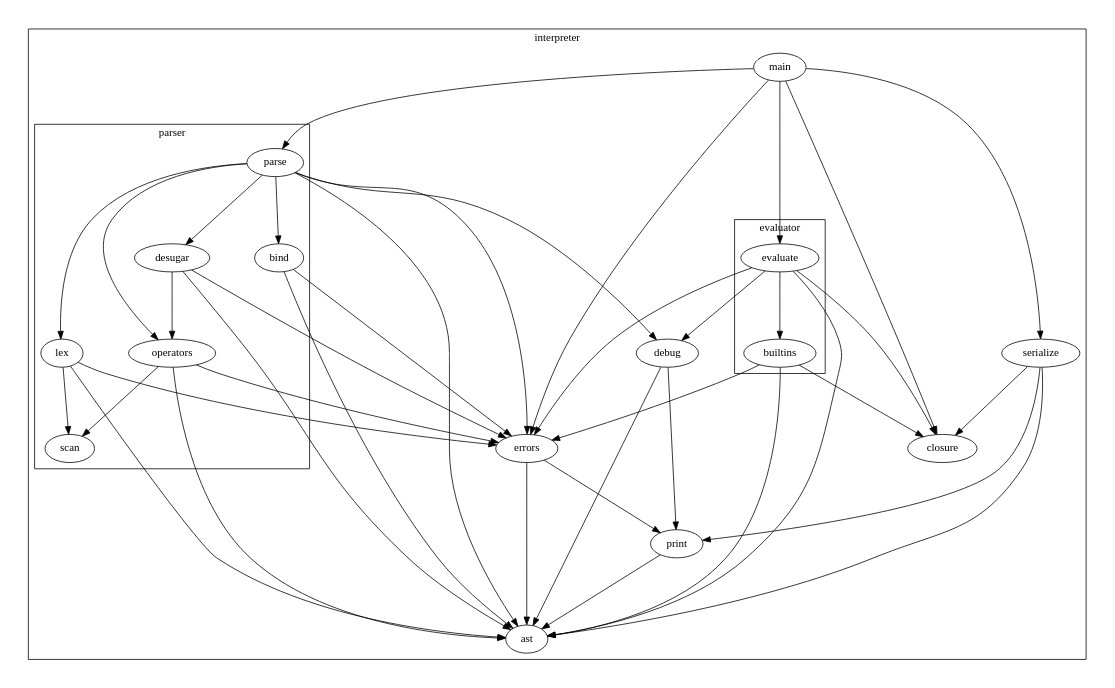
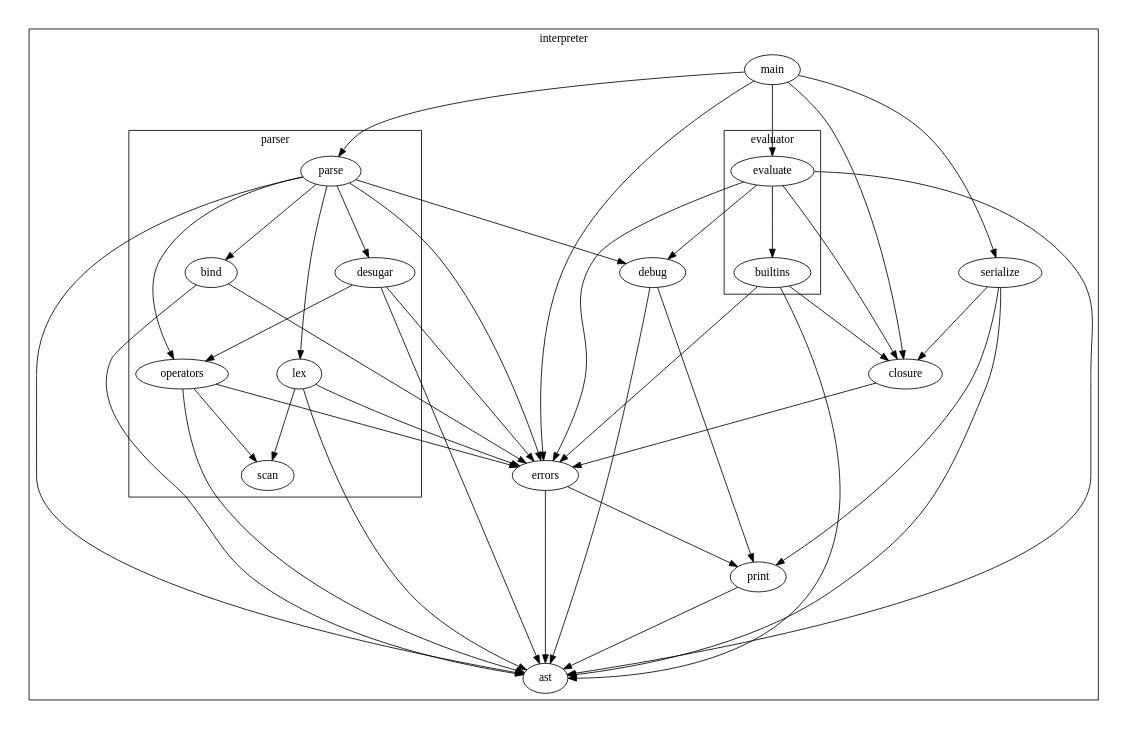
The diagram in doc/architecture.dot (clark800/lambda-zero), drawn with Graphviz before and after one commit. The commit also changed 7 other files, not shown here.

```diff
--- a/doc/architecture.dot
+++ b/doc/architecture.dot
@@ -1,85 +1,87 @@
 // to build this diagram, install graphviz and run the following command:
 // dot -o architecture.pdf -T pdf architecture.dot
 // note: ordering=out seems to be not working due to a bug in graphviz
 digraph graphname {
     size=6;
     ranksep=1.2;
     nodesep=0.8;
     mclimit=100;
 
     subgraph cluster_interpreter {
         label="interpreter";
         subgraph cluster_parser {
             label="parser";
             desugar;
             bind;
             operators;
             parse;
             lex;
             scan;
         }
         ast;
         print;
         debug;
         errors;
         subgraph cluster_evaluator {
             label="evaluator";
             evaluate;
             builtins;
         }
         closure;
         serialize;
         main;
     }
 
     print -> ast;
 
     errors -> ast;
     errors -> print;
 
     debug -> ast;
     debug -> print;
 
     serialize -> ast;
     serialize -> print;
     serialize -> closure;
 
+    closure -> errors;
+
     lex -> scan;
     lex -> ast;
     lex -> errors;
 
     bind -> ast;
     bind -> errors;
 
     desugar -> ast;
     desugar -> errors;
     desugar -> operators;
 
     operators -> ast;
     operators -> scan;
     operators -> errors;
 
     parse -> ast;
     parse -> errors;
     parse -> lex;
     parse -> operators;
     parse -> desugar;
     parse -> bind;
     parse -> debug;
 
     builtins -> ast;
     builtins -> errors;
     builtins -> closure;
 
     evaluate -> ast;
     evaluate -> errors;
     evaluate -> debug;
     evaluate -> closure;
     evaluate -> builtins;
 
     main -> closure;
     main -> errors;
     main -> parse;
     main -> evaluate;
     main -> serialize;
 }
```
